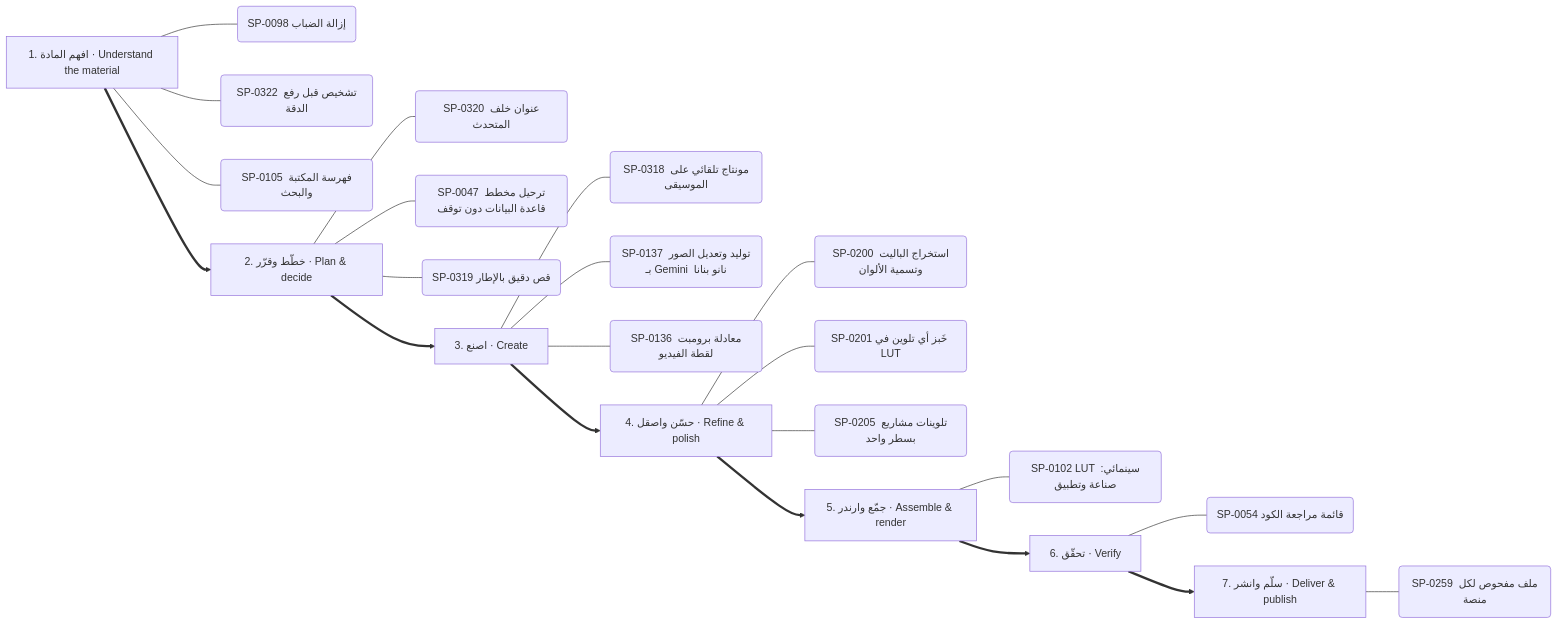
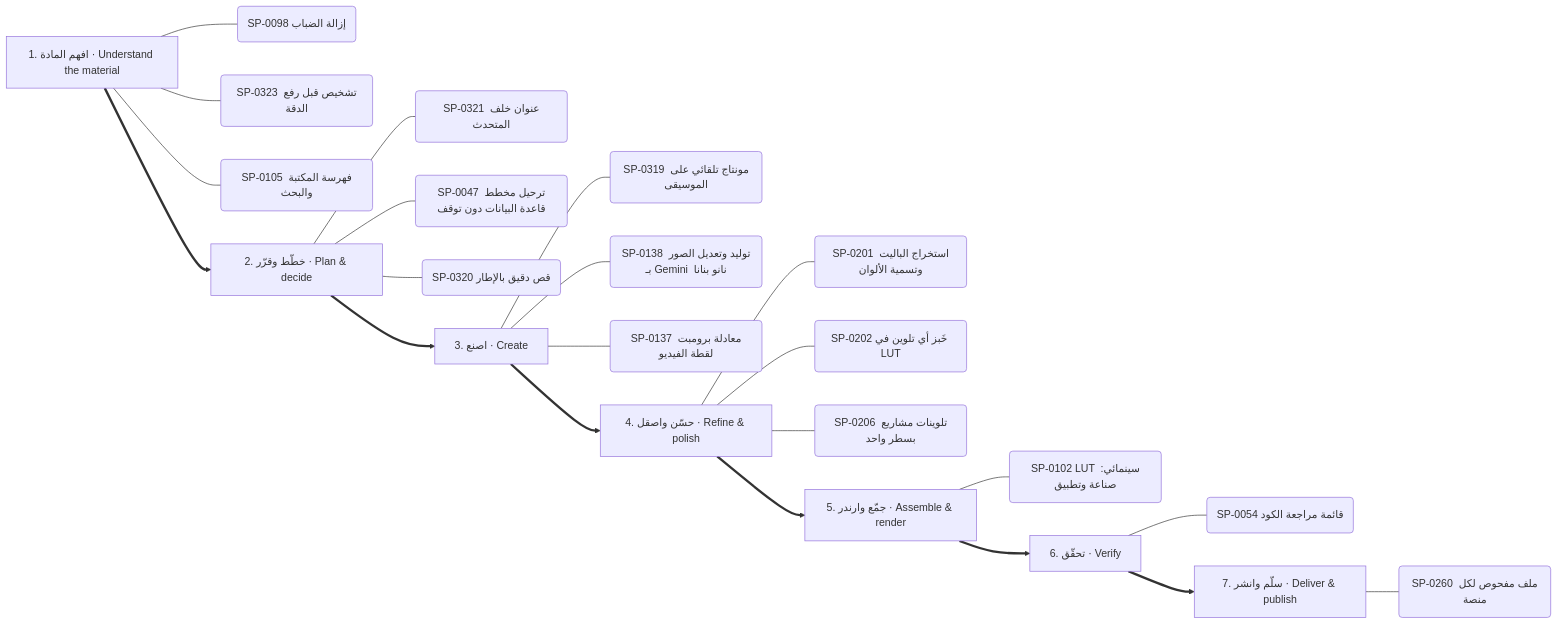
One commit to kosif199022-jpg/kosif-tool changed the seventh of 13 diagrams in .claude/skills/kosif-superpowers/references/capability-mindmap.md. Above: the diagram before and after it, drawn with Mermaid. The commit also changed other lines of this file and 36 other files, not shown here.

````diff
--- a/.claude/skills/kosif-superpowers/references/capability-mindmap.md
+++ b/.claude/skills/kosif-superpowers/references/capability-mindmap.md
@@ -359,31 +361,31 @@
 ```mermaid
 flowchart LR
   S0["1. افهم المادة · Understand the material"]
   S0 --- S0_0("SP-0098 إزالة الضباب")
-  S0 --- S0_1("SP-0322 تشخيص قبل رفع الدقة")
+  S0 --- S0_1("SP-0323 تشخيص قبل رفع الدقة")
   S0 --- S0_2("SP-0105 فهرسة المكتبة والبحث")
   S1["2. خطّط وقرّر · Plan & decide"]
-  S1 --- S1_0("SP-0320 عنوان خلف المتحدث")
+  S1 --- S1_0("SP-0321 عنوان خلف المتحدث")
   S1 --- S1_1("SP-0047 ترحيل مخطط قاعدة البيانات دون توقف")
-  S1 --- S1_2("SP-0319 قص دقيق بالإطار")
+  S1 --- S1_2("SP-0320 قص دقيق بالإطار")
   S0 ==> S1
   S2["3. اصنع · Create"]
-  S2 --- S2_0("SP-0318 مونتاج تلقائي على الموسيقى")
-  S2 --- S2_1("SP-0137 توليد وتعديل الصور بـ Gemini  نانو بنانا ")
-  S2 --- S2_2("SP-0136 معادلة برومبت لقطة الفيديو")
+  S2 --- S2_0("SP-0319 مونتاج تلقائي على الموسيقى")
+  S2 --- S2_1("SP-0138 توليد وتعديل الصور بـ Gemini  نانو بنانا ")
+  S2 --- S2_2("SP-0137 معادلة برومبت لقطة الفيديو")
   S1 ==> S2
   S3["4. حسّن واصقل · Refine & polish"]
-  S3 --- S3_0("SP-0200 استخراج الباليت وتسمية الألوان")
-  S3 --- S3_1("SP-0201 خَبز أي تلوين في LUT")
-  S3 --- S3_2("SP-0205 تلوينات مشاريع بسطر واحد")
+  S3 --- S3_0("SP-0201 استخراج الباليت وتسمية الألوان")
+  S3 --- S3_1("SP-0202 خَبز أي تلوين في LUT")
+  S3 --- S3_2("SP-0206 تلوينات مشاريع بسطر واحد")
   S2 ==> S3
   S4["5. جمّع وارندر · Assemble & render"]
   S4 --- S4_0("SP-0102 LUT سينمائي: صناعة وتطبيق")
   S3 ==> S4
   S5["6. تحقّق · Verify"]
   S5 --- S5_0("SP-0054 قائمة مراجعة الكود")
   S4 ==> S5
   S6["7. سلّم وانشر · Deliver & publish"]
-  S6 --- S6_0("SP-0259 ملف مفحوص لكل منصة")
+  S6 --- S6_0("SP-0260 ملف مفحوص لكل منصة")
   S5 ==> S6
 ```
````
